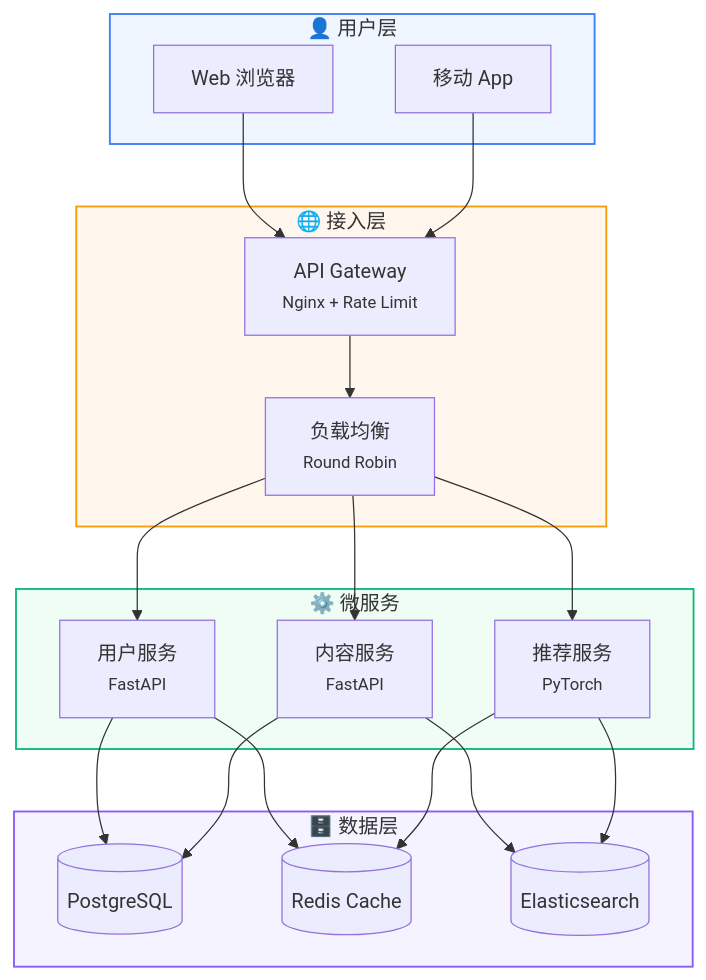
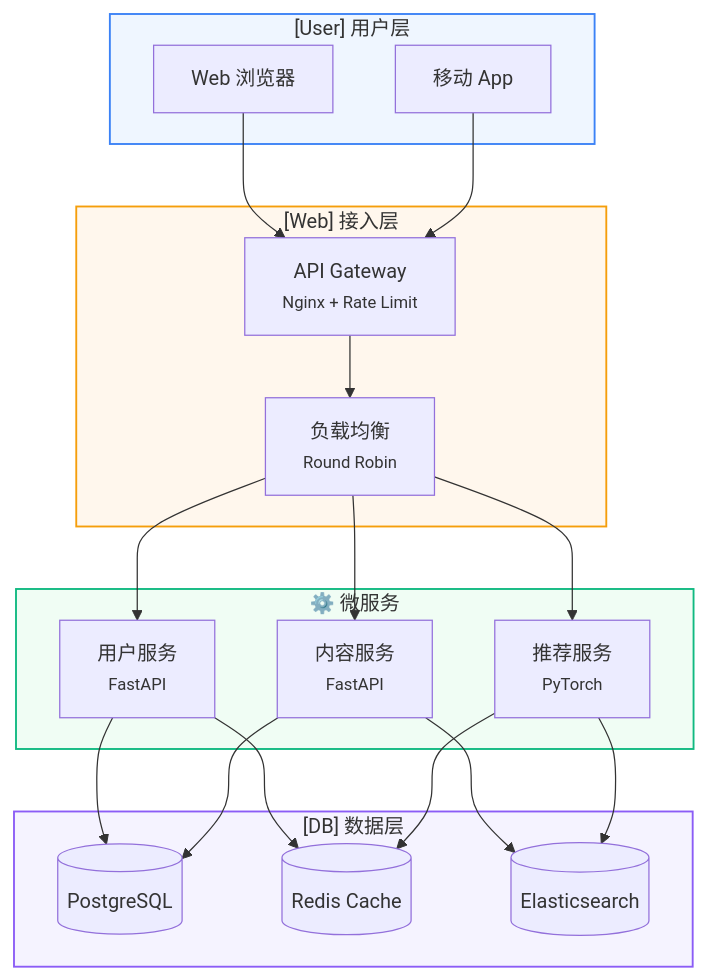
One commit to stsgs1980/Agent-Qube changed the fourth of 15 diagrams in skills/charts/references/mermaid.md. Above: the diagram before and after it, drawn with Mermaid. The commit also changed other lines of this file and 166 other files, not shown here.

````diff
--- a/skills/charts/references/mermaid.md
+++ b/skills/charts/references/mermaid.md
@@ -333,36 +333,36 @@
 ```mermaid
 flowchart TB
-    subgraph 用户层["👤 用户层"]
+    subgraph 用户层["[User] 用户层"]
         U1[Web 浏览器]
         U2[移动 App]
     end
 
-    subgraph 接入层["🌐 接入层"]
+    subgraph 接入层["[Web] 接入层"]
         GW[API Gateway<br><small>Nginx + Rate Limit</small>]
         LB[负载均衡<br><small>Round Robin</small>]
     end
 
     subgraph 服务层["⚙️ 微服务"]
         S1[用户服务<br><small>FastAPI</small>]
         S2[内容服务<br><small>FastAPI</small>]
         S3[推荐服务<br><small>PyTorch</small>]
     end
 
-    subgraph 数据层["🗄️ 数据层"]
+    subgraph 数据层["[DB] 数据层"]
         DB[(PostgreSQL)]
         RD[(Redis Cache)]
         ES[(Elasticsearch)]
     end
 
     U1 & U2 --> GW
     GW --> LB
     LB --> S1 & S2 & S3
     S1 --> DB & RD
     S2 --> DB & ES
     S3 --> RD & ES
 
     style 用户层 fill:#EFF6FF,stroke:#3B82F6,stroke-width:1.5px
     style 接入层 fill:#FFF7ED,stroke:#F59E0B,stroke-width:1.5px
     style 服务层 fill:#F0FDF4,stroke:#10B981,stroke-width:1.5px
     style 数据层 fill:#F5F3FF,stroke:#8B5CF6,stroke-width:1.5px
 ```
````
